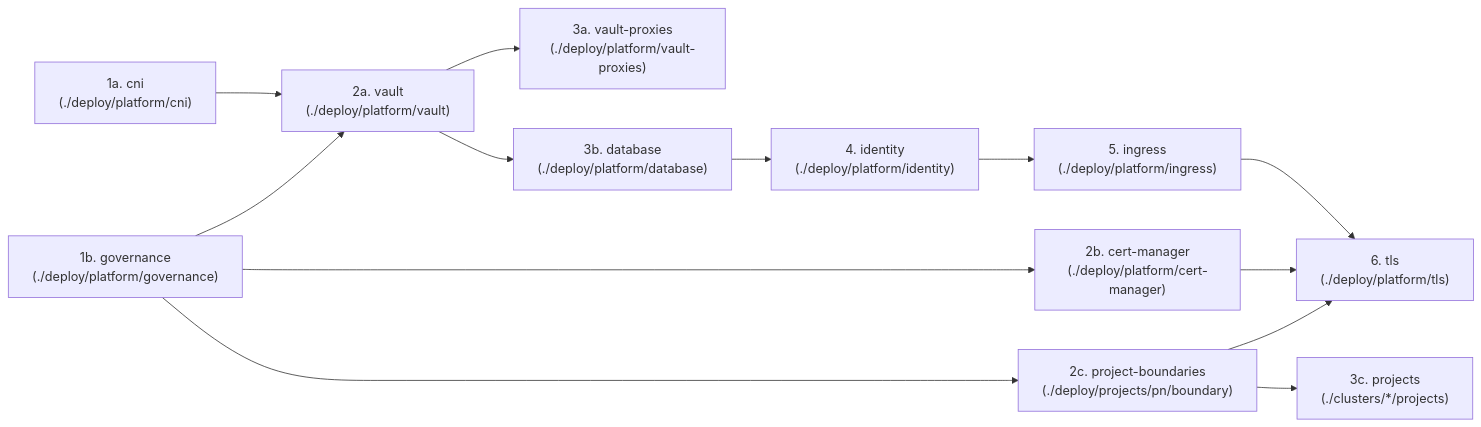
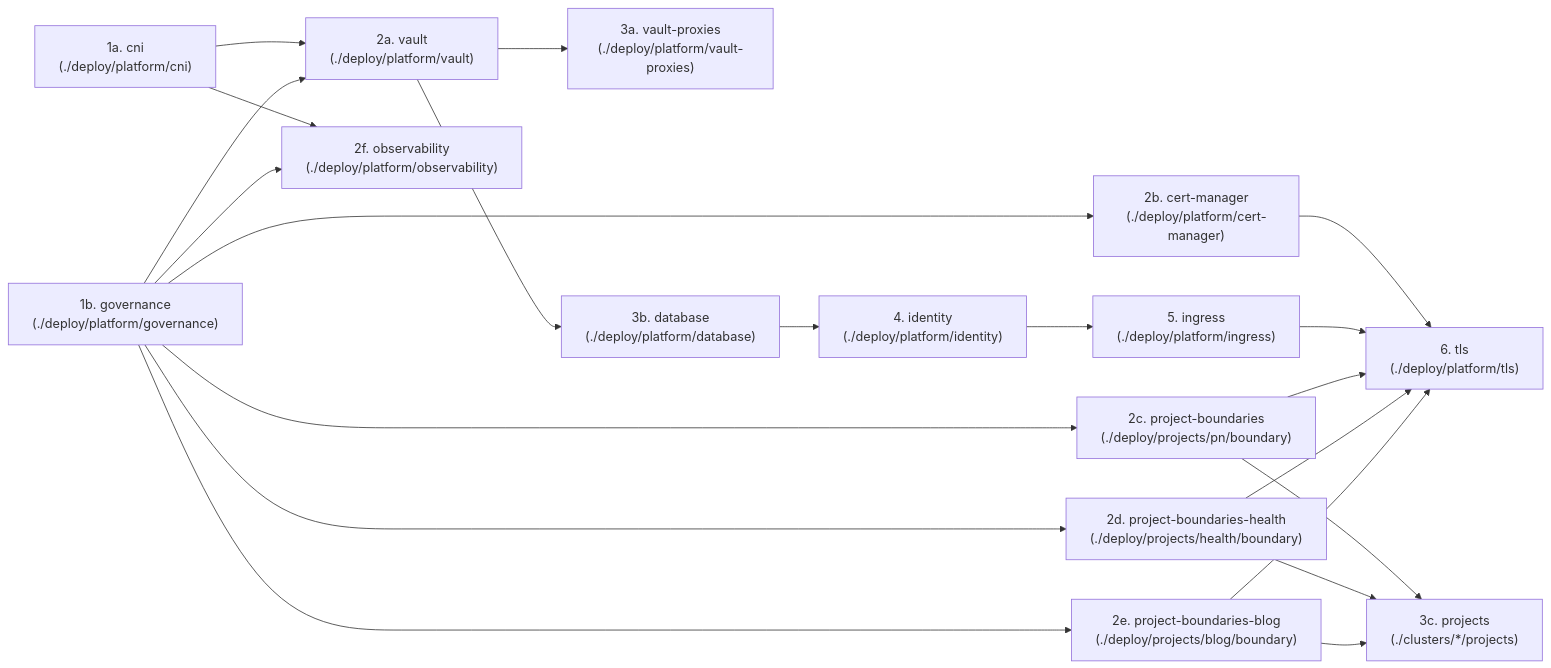
One commit to nacfson/nacfson_pipeline changed the second of 3 diagrams in ARCHITECTURE.md. Above: the diagram before and after it, drawn with Mermaid. The commit also changed other lines of this file and 8 other files, not shown here.

````diff
--- a/ARCHITECTURE.md
+++ b/ARCHITECTURE.md
@@ -66,27 +78,38 @@
 ```mermaid
 flowchart LR
     CNI["1a. cni<br/>(./deploy/platform/cni)"]
     Gov["1b. governance<br/>(./deploy/platform/governance)"]
     Vault["2a. vault<br/>(./deploy/platform/vault)"]
     CertMgr["2b. cert-manager<br/>(./deploy/platform/cert-manager)"]
     ProjBound["2c. project-boundaries<br/>(./deploy/projects/pn/boundary)"]
+    ProjBoundH["2d. project-boundaries-health<br/>(./deploy/projects/health/boundary)"]
+    ProjBoundB["2e. project-boundaries-blog<br/>(./deploy/projects/blog/boundary)"]
+    Obs["2f. observability<br/>(./deploy/platform/observability)"]
     VProxies["3a. vault-proxies<br/>(./deploy/platform/vault-proxies)"]
     DB["3b. database<br/>(./deploy/platform/database)"]
     Projects["3c. projects<br/>(./clusters/*/projects)"]
     Identity["4. identity<br/>(./deploy/platform/identity)"]
     Ingress["5. ingress<br/>(./deploy/platform/ingress)"]
     TLS["6. tls<br/>(./deploy/platform/tls)"]
 
     CNI --> Vault
+    CNI --> Obs
     Gov --> Vault
     Gov --> CertMgr
     Gov --> ProjBound
+    Gov --> ProjBoundH
+    Gov --> ProjBoundB
+    Gov --> Obs
     Vault --> VProxies
     Vault --> DB
     DB --> Identity
     Identity --> Ingress
     CertMgr --> TLS
     Ingress --> TLS
     ProjBound --> TLS
+    ProjBoundH --> TLS
+    ProjBoundB --> TLS
     ProjBound --> Projects
+    ProjBoundH --> Projects
+    ProjBoundB --> Projects
 ```
````
